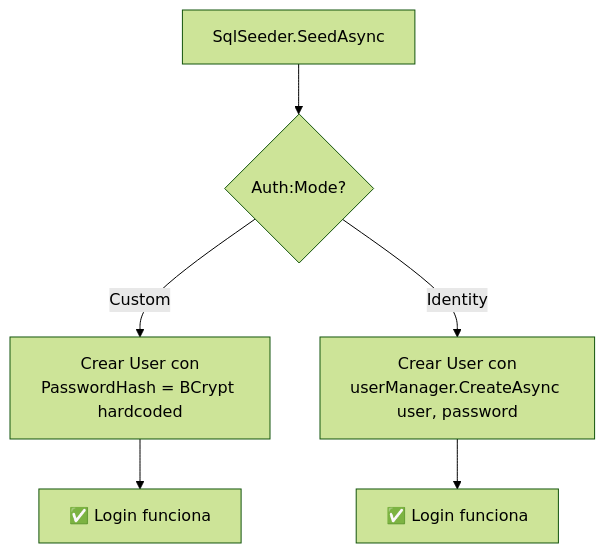
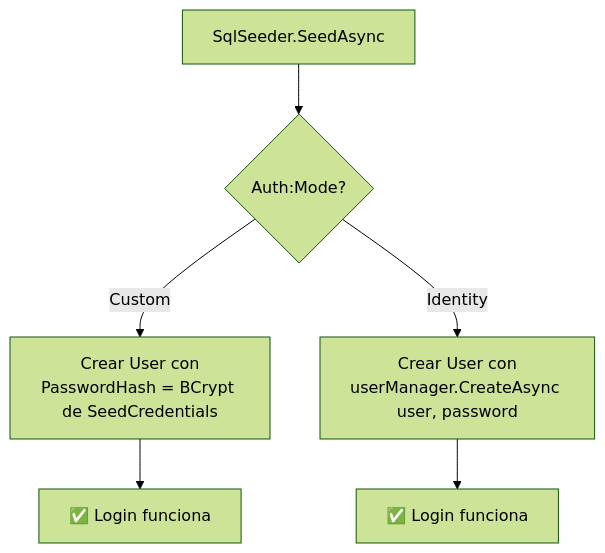
One commit to joseluisgs/TiendaDawApi-NetCore changed diagram 26 of 29 in doc/15-jwt-authentication.md. Above: the diagram before and after it, drawn with Mermaid (forest theme). The commit also changed other lines of this file and 53 other files, not shown here.

````diff
--- a/doc/15-jwt-authentication.md
+++ b/doc/15-jwt-authentication.md
@@ -1850,8 +1853,8 @@
 ```mermaid
 flowchart TD
     A[SqlSeeder.SeedAsync] --> B{Auth:Mode?}
-    B -->|Custom| C[Crear User con<br/>PasswordHash = BCrypt hardcoded]
+    B -->|Custom| C[Crear User con<br/>PasswordHash = BCrypt de SeedCredentials]
     B -->|Identity| D[Crear User con<br/>userManager.CreateAsync user, password]
     C --> E[✅ Login funciona]
     D --> F[✅ Login funciona]
 ```
````
